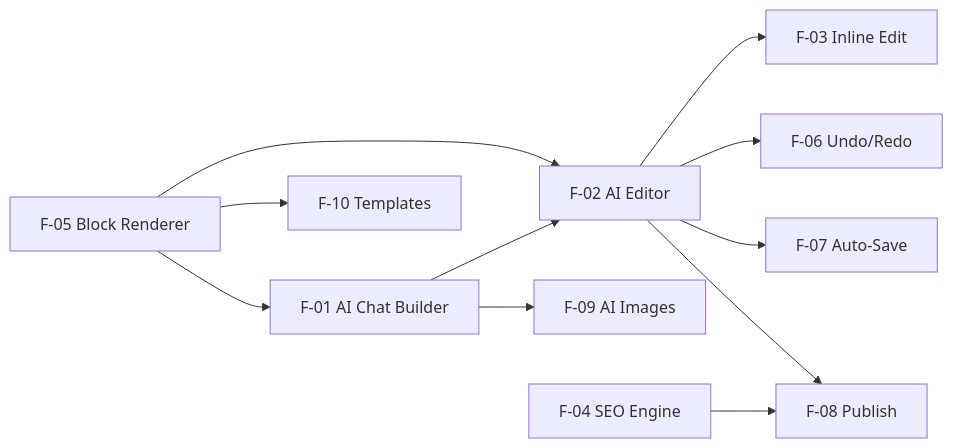
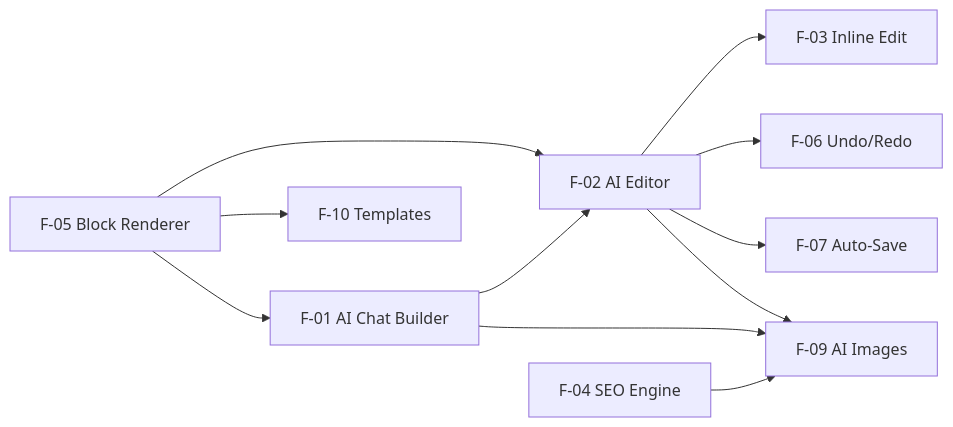
The diagram in docs/tracking/PLAN-ai-webbuilder.md (tranjunp2-cloud/Build-WebStore-), drawn with Mermaid before and after one commit. The commit also changed 16 other files, not shown here.

First line of the commit message:
docs(BA): update PRD, US, Architect for F03, F05, F06, F08, F17

````diff
--- a/docs/tracking/PLAN-ai-webbuilder.md
+++ b/docs/tracking/PLAN-ai-webbuilder.md
@@ -548,13 +548,13 @@
 ```mermaid
 graph LR
   F05[F-05 Block Renderer] --> F01[F-01 AI Chat Builder]
   F05 --> F02[F-02 AI Editor]
   F01 --> F02
   F02 --> F03[F-03 Inline Edit]
   F02 --> F06[F-06 Undo/Redo]
   F02 --> F07[F-07 Auto-Save]
   F02 --> F08[F-08 Publish]
-  F01 --> F09[F-09 AI Images]
+  F01 --> F08[F-09 AI Images]
   F04[F-04 SEO Engine] --> F08
-  F05 --> F10[F-10 Templates]
+  F05 --> F09[F-10 Templates]
 ```
````
